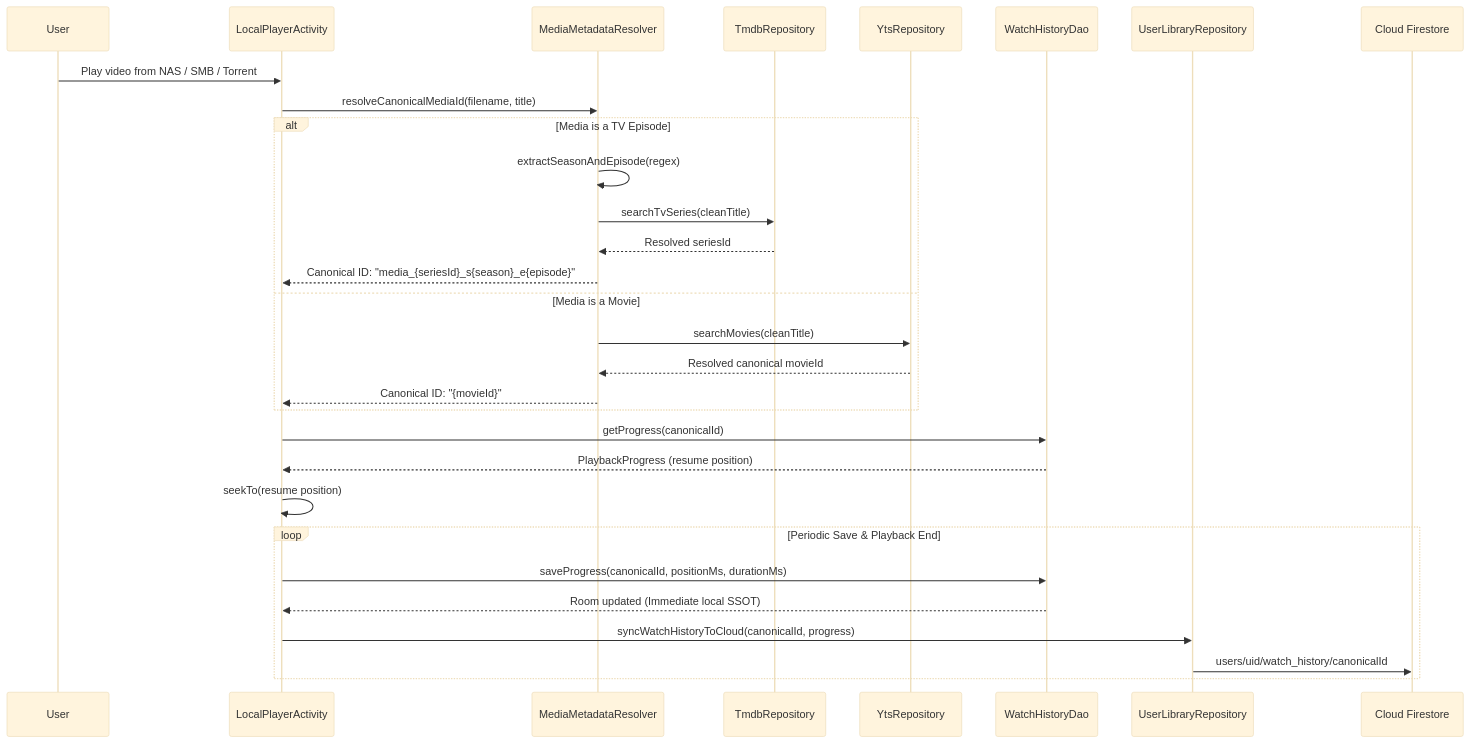
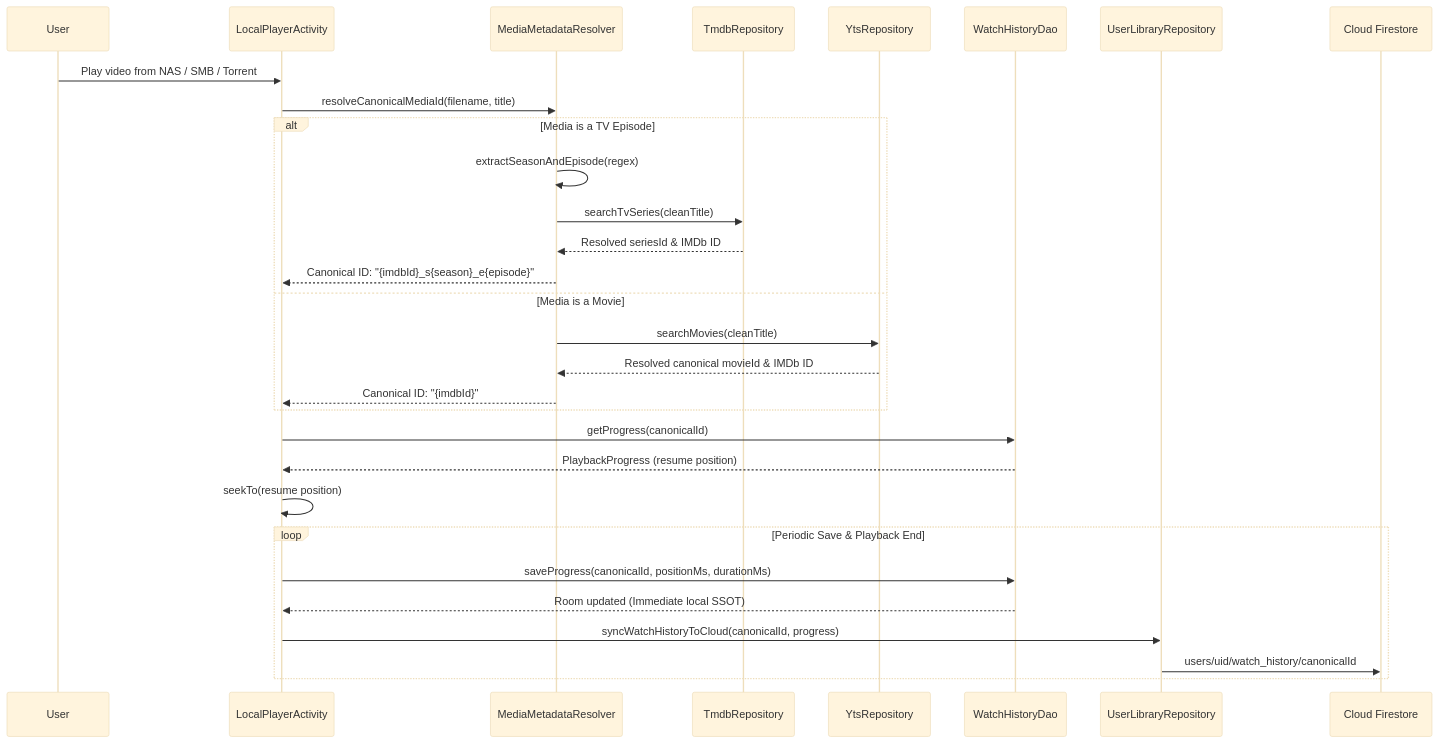
One commit to martinrevert/LaTorrentola changed diagram 14 of 15 in ARCHITECTURE.md. Above: the diagram before and after it, drawn with Mermaid (base theme). The commit also changed other lines of this file and 18 other files, not shown here.

First line of the commit message:
Enforce pure canonical IMDb identifiers and remove legacy migration scaffolding

````diff
--- a/ARCHITECTURE.md
+++ b/ARCHITECTURE.md
@@ -859,33 +860,33 @@
 ```mermaid
 sequenceDiagram
     participant U as User
     participant LPA as LocalPlayerActivity
     participant MMR as MediaMetadataResolver
     participant TR as TmdbRepository
     participant YTS as YtsRepository
     participant WDAO as WatchHistoryDao
     participant UREP as UserLibraryRepository
     participant FS as Cloud Firestore
 
     U->>LPA: Play video from NAS / SMB / Torrent
     LPA->>MMR: resolveCanonicalMediaId(filename, title)
     alt Media is a TV Episode
         MMR->>MMR: extractSeasonAndEpisode(regex)
         MMR->>TR: searchTvSeries(cleanTitle)
-        TR-->>MMR: Resolved seriesId
-        MMR-->>LPA: Canonical ID: "media_{seriesId}_s{season}_e{episode}"
+        TR-->>MMR: Resolved seriesId & IMDb ID
+        MMR-->>LPA: Canonical ID: "{imdbId}_s{season}_e{episode}"
     else Media is a Movie
         MMR->>YTS: searchMovies(cleanTitle)
-        YTS-->>MMR: Resolved canonical movieId
-        MMR-->>LPA: Canonical ID: "{movieId}"
+        YTS-->>MMR: Resolved canonical movieId & IMDb ID
+        MMR-->>LPA: Canonical ID: "{imdbId}"
     end
     LPA->>WDAO: getProgress(canonicalId)
     WDAO-->>LPA: PlaybackProgress (resume position)
     LPA->>LPA: seekTo(resume position)
     loop Periodic Save & Playback End
         LPA->>WDAO: saveProgress(canonicalId, positionMs, durationMs)
         WDAO-->>LPA: Room updated (Immediate local SSOT)
         LPA->>UREP: syncWatchHistoryToCloud(canonicalId, progress)
         UREP->>FS: users/uid/watch_history/canonicalId
     end
 ```
````
